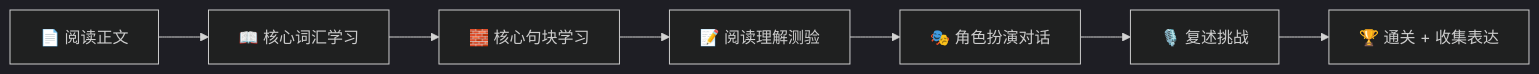
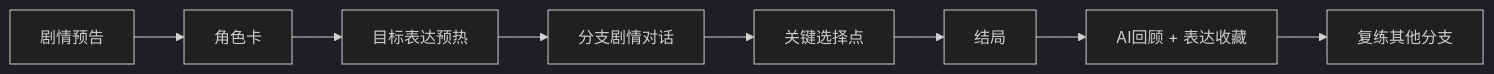
The eighth of 10 diagrams in docs/story/content-architecture-design.md (kirohuji/speakGuild), drawn with Mermaid (dark theme) before and after one commit. The commit also changed other lines of this file, not shown here.

````diff
--- a/docs/story/content-architecture-design.md
+++ b/docs/story/content-architecture-design.md
@@ -657,9 +593,10 @@
 ```mermaid
 flowchart LR
-    A[📄 阅读正文] --> B[📖 核心词汇学习]
-    B --> C[🧱 核心句块学习]
-    C --> D[📝 阅读理解测验]
-    D --> E[🎭 角色扮演对话]
-    E --> F[🎙️ 复述挑战]
-    F --> G[🏆 通关 + 收集表达]
+    A[剧情预告] --> B[角色卡]
+    B --> C[目标表达预热]
+    C --> D[分支剧情对话]
+    D --> E[关键选择点]
+    E --> F[结局]
+    F --> G[AI回顾 + 表达收藏]
+    G --> H[复练其他分支]
 ```
````
